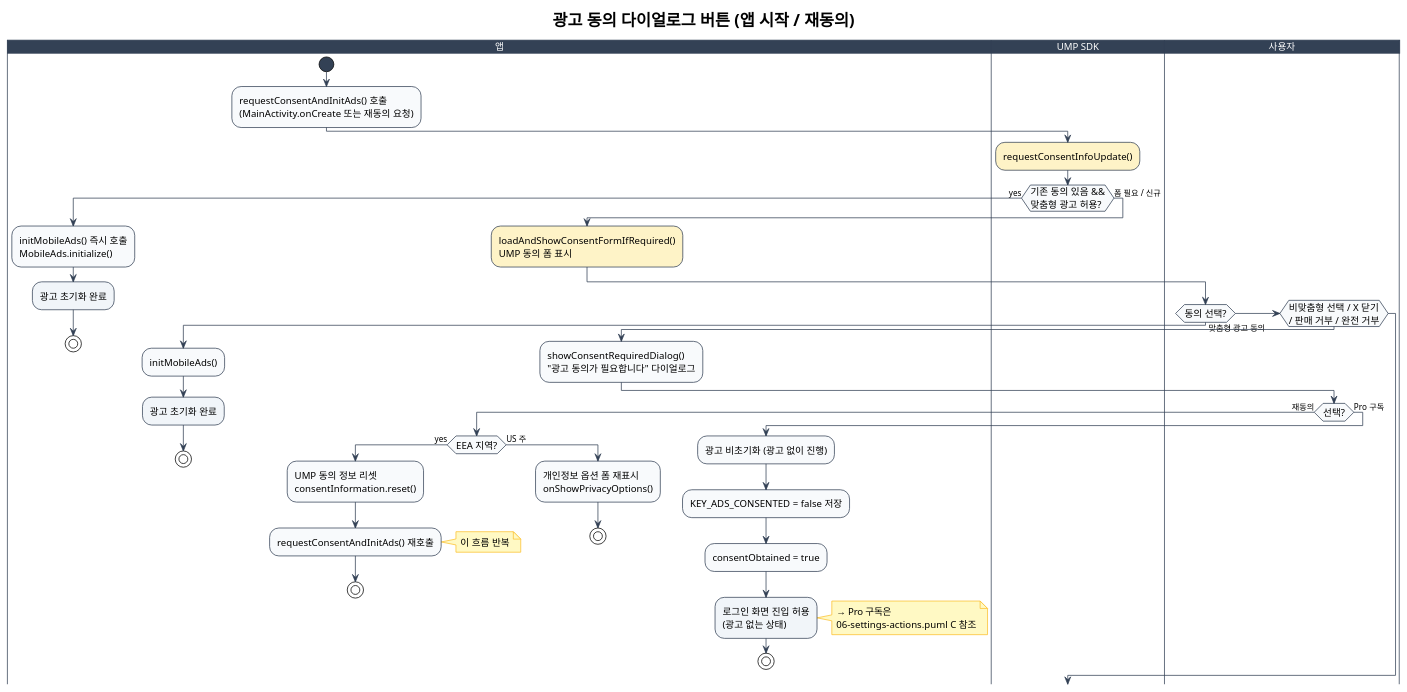
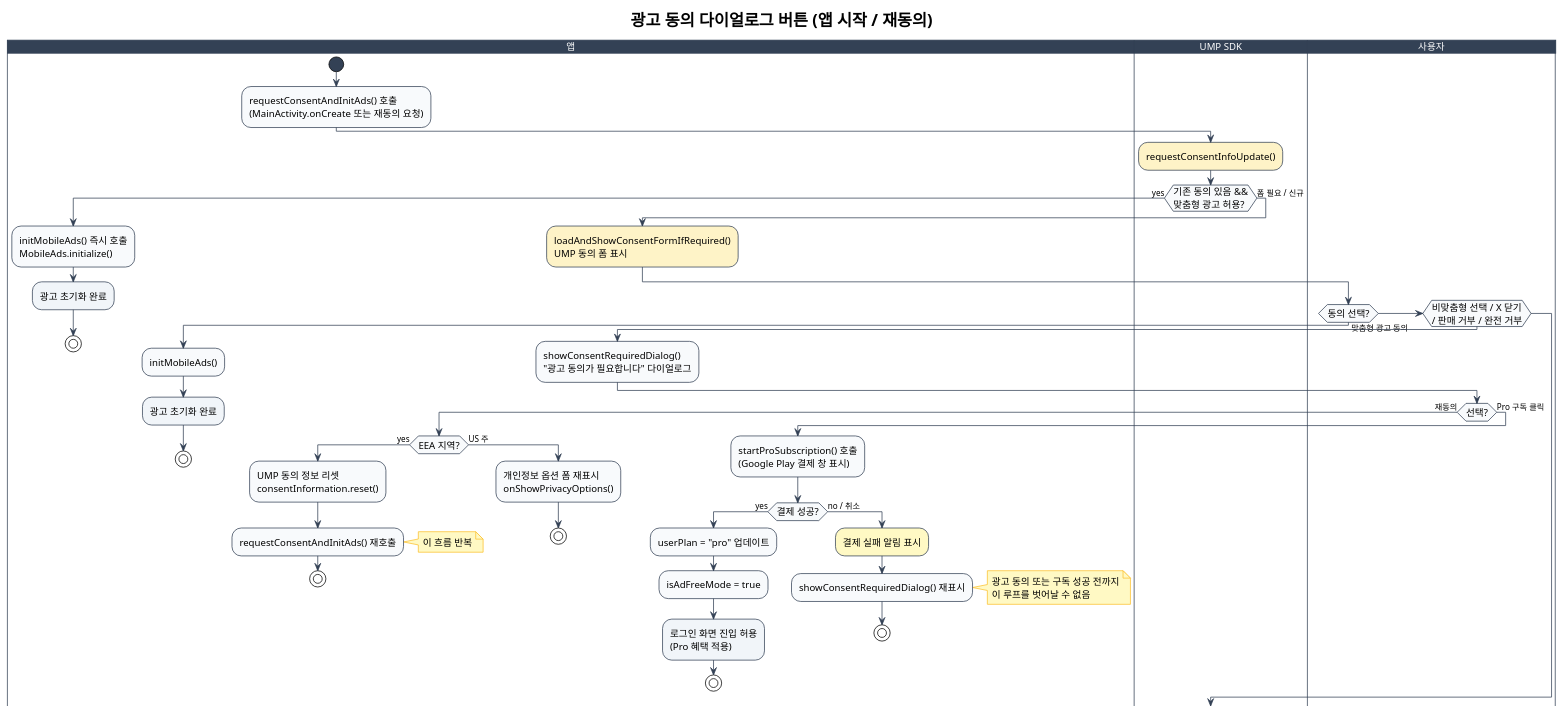
The diagram in docs/mobile-app/diagrams/07-ad-consent.puml (doubtmyself/ProgeressEye), drawn with PlantUML before and after one commit. The commit also changed 24 other files, not shown here.

```diff
--- a/docs/mobile-app/diagrams/07-ad-consent.puml
+++ b/docs/mobile-app/diagrams/07-ad-consent.puml
@@ -1,91 +1,95 @@
 @startuml
 !theme plain
 title 광고 동의 다이얼로그 버튼 (앱 시작 / 재동의)
 
 skinparam defaultFontSize 13
 skinparam ArrowFontSize 11
 skinparam swimlane {
   BorderColor #334155
   TitleBackgroundColor #334155
   TitleFontColor #FFFFFF
 }
 skinparam activity {
   BackgroundColor #F8FAFC
   BorderColor #334155
   FontColor #000000
   StartColor #334155
   EndColor #334155
   BarColor #334155
 }
 skinparam note {
   BackgroundColor #FFF9C4
   BorderColor #FBC02D
   FontColor #000000
 }
 skinparam ArrowColor #334155
 
 |앱|
 start
 :requestConsentAndInitAds() 호출\n(MainActivity.onCreate 또는 재동의 요청);
 
 |UMP SDK|
 #FEF3C7:requestConsentInfoUpdate();
 
 if (기존 동의 있음 &&\n맞춤형 광고 허용?) then (yes)
 
   |앱|
   :initMobileAds() 즉시 호출\nMobileAds.initialize();
   #F1F5F9:광고 초기화 완료;
   stop
 
 else (폼 필요 / 신규)
 
   #FEF3C7:loadAndShowConsentFormIfRequired()\nUMP 동의 폼 표시;
 
   |사용자|
   if (동의 선택?) then (맞춤형 광고 동의)
 
     |앱|
     :initMobileAds();
     #F1F5F9:광고 초기화 완료;
     stop
 
   elseif (비맞춤형 선택 / X 닫기\n/ 판매 거부 / 완전 거부) then
 
     |앱|
     :showConsentRequiredDialog()\n"광고 동의가 필요합니다" 다이얼로그;
 
     |사용자|
     if (선택?) then (재동의)
 
       |앱|
       if (EEA 지역?) then (yes)
         :UMP 동의 정보 리셋\nconsentInformation.reset();
         :requestConsentAndInitAds() 재호출;
         note right: 이 흐름 반복
         stop
       else (US 주)
         :개인정보 옵션 폼 재표시\nonShowPrivacyOptions();
         stop
       endif
 
-    else (Pro 구독)
+    else (Pro 구독 클릭)
 
       |앱|
-      :광고 비초기화 (광고 없이 진행);
-      :KEY_ADS_CONSENTED = false 저장;
-      :consentObtained = true;
-      #F1F5F9:로그인 화면 진입 허용\n(광고 없는 상태);
-      note right
-        → Pro 구독은
-        06-settings-actions.puml C 참조
-      end note
-      stop
+      :startProSubscription() 호출\n(Google Play 결제 창 표시);
+
+      if (결제 성공?) then (yes)
+        :userPlan = "pro" 업데이트;
+        :isAdFreeMode = true;
+        #F1F5F9:로그인 화면 진입 허용\n(Pro 혜택 적용);
+        stop
+      else (no / 취소)
+        #FFF9C4:결제 실패 알림 표시;
+        :showConsentRequiredDialog() 재표시;
+        note right: 광고 동의 또는 구독 성공 전까지\n이 루프를 벗어날 수 없음
+        stop
+      endif
 
     endif
 
   endif
 
 endif
 
 @enduml
```
